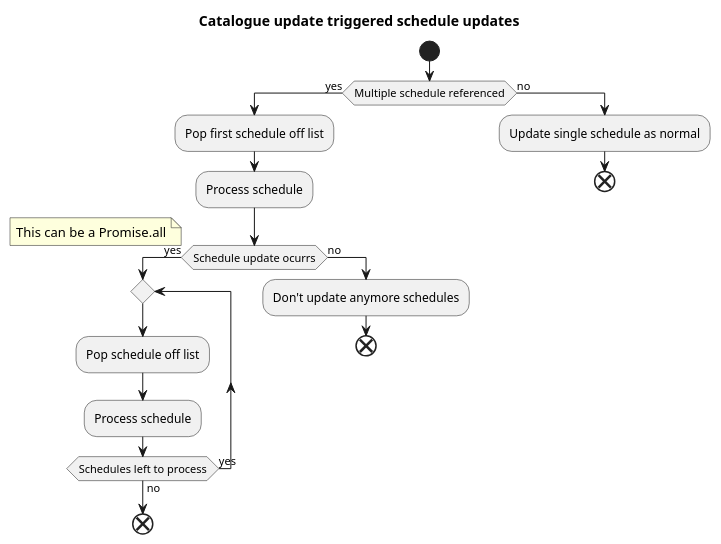
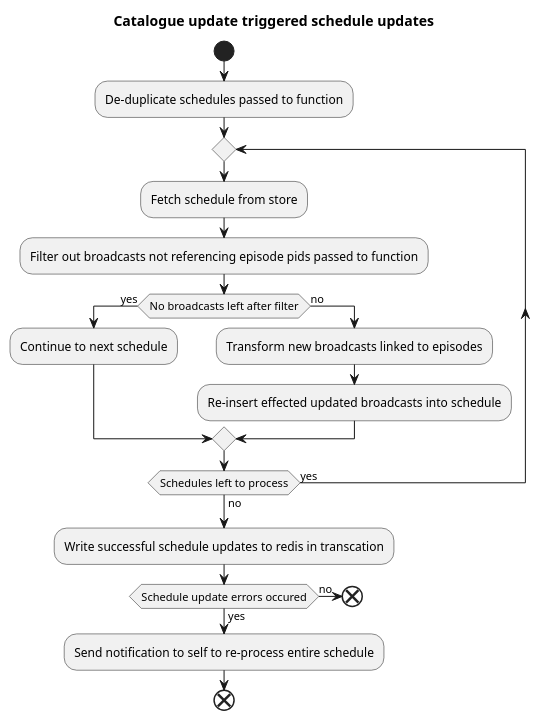
The diagram in diagrams/activity/sharedCatalogueUpdateCode.puml (OMBowkerBBC/DC4400-Report), drawn with PlantUML before and after one commit. The commit also changed 6 other files, not shown here.

```diff
--- a/diagrams/activity/sharedCatalogueUpdateCode.puml
+++ b/diagrams/activity/sharedCatalogueUpdateCode.puml
@@ -1,24 +1,25 @@
 @startuml Catalogue update triggered schedule updates
 title Catalogue update triggered schedule updates
 
 start
-  if (Multiple schedule referenced) then (yes)
-    :Pop first schedule off list;
-    :Process schedule;
-    if (Schedule update ocurrs) then (yes)
-      floating note left: This can be a Promise.all
-      repeat
-        :Pop schedule off list;
-        :Process schedule; 
-      repeat while (Schedules left to process) is (yes) not (no)
-      end
+  :De-duplicate schedules passed to function;
+  repeat
+    :Fetch schedule from store;
+    :Filter out broadcasts not referencing episode pids passed to function;
+    if (No broadcasts left after filter) then (yes)
+      :Continue to next schedule;
     else (no)
-      :Don't update anymore schedules;
-      end
+      :Transform new broadcasts linked to episodes;
+      :Re-insert effected updated broadcasts into schedule;
     endif
+  repeat while (Schedules left to process) is (yes) not (no);
+
+  :Write successful schedule updates to redis in transcation;
+  if (Schedule update errors occured) then (yes)
+    :Send notification to self to re-process entire schedule;
+    end
   else (no)
-    :Update single schedule as normal;
     end
   endif
 
 @enduml
```
